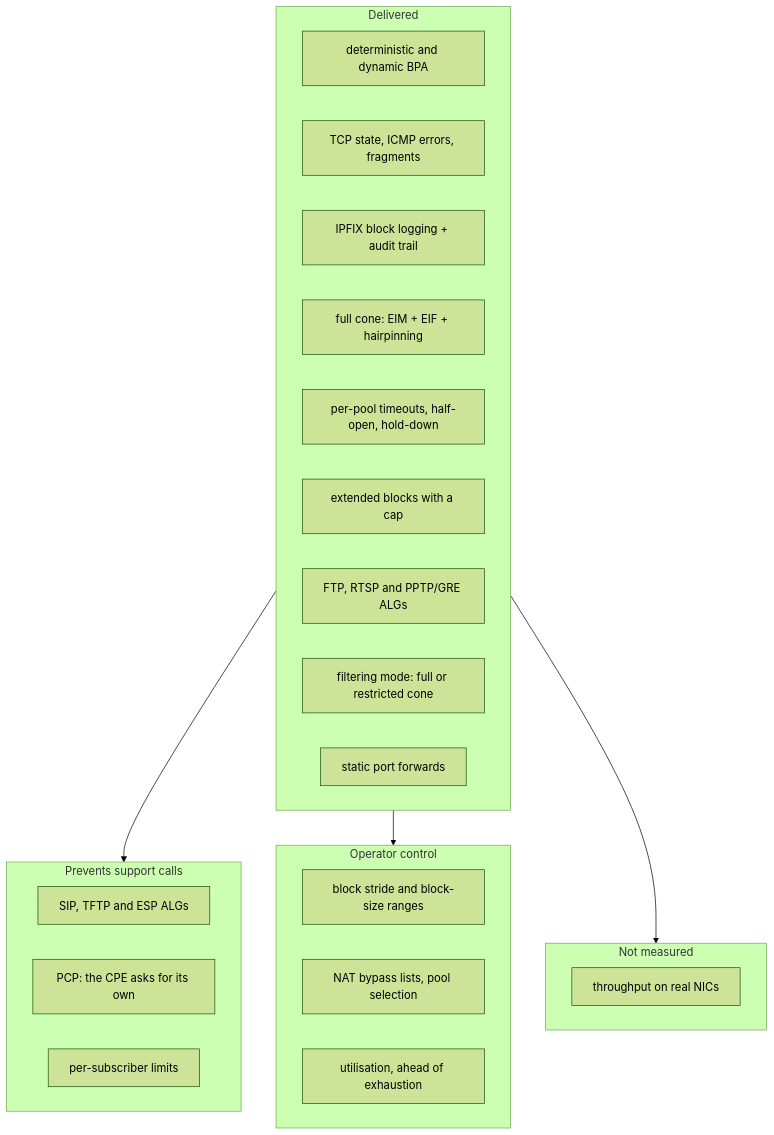
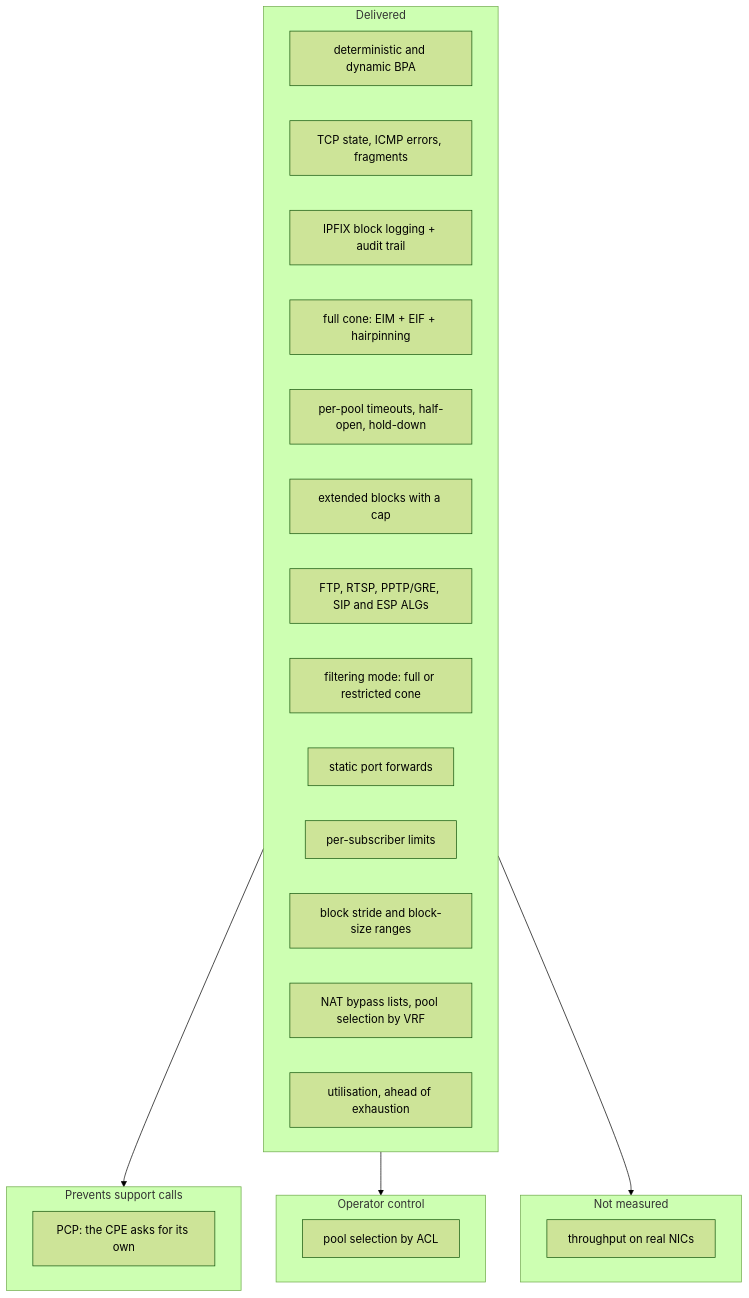
One commit to andrediashexa/prismarouting changed the first of 2 diagrams in docs/roadmap.md. Above: the diagram before and after it, drawn with Mermaid (forest theme). The commit also changed other lines of this file and 1 other file, not shown here.

````diff
--- a/docs/roadmap.md
+++ b/docs/roadmap.md
@@ -58,30 +94,30 @@
 ```mermaid
 flowchart TD
     subgraph now["Delivered"]
         A["deterministic and dynamic BPA"]
         B["TCP state, ICMP errors, fragments"]
         C["IPFIX block logging + audit trail"]
         D["full cone: EIM + EIF + hairpinning"]
         I["per-pool timeouts, half-open, hold-down"]
         J["extended blocks with a cap"]
-        E["FTP, RTSP and PPTP/GRE ALGs"]
+        E["FTP, RTSP, PPTP/GRE, SIP and ESP ALGs"]
         K["filtering mode: full or restricted cone"]
         F["static port forwards"]
+        H["per-subscriber limits"]
+        J2["block stride and block-size ranges"]
+        L["NAT bypass lists, pool selection by VRF"]
+        U["utilisation, ahead of exhaustion"]
     end
     subgraph calls["Prevents support calls"]
-        E2["SIP, TFTP and ESP ALGs"]
         G["PCP: the CPE asks for its own"]
-        H["per-subscriber limits"]
     end
     subgraph control["Operator control"]
-        J2["block stride and block-size ranges"]
-        L["NAT bypass lists, pool selection"]
-        U["utilisation, ahead of exhaustion"]
+        L2["pool selection by ACL"]
     end
     subgraph unknown["Not measured"]
         P["throughput on real NICs"]
     end
     now --> calls
     now --> control
     now --> unknown
 ```
````
